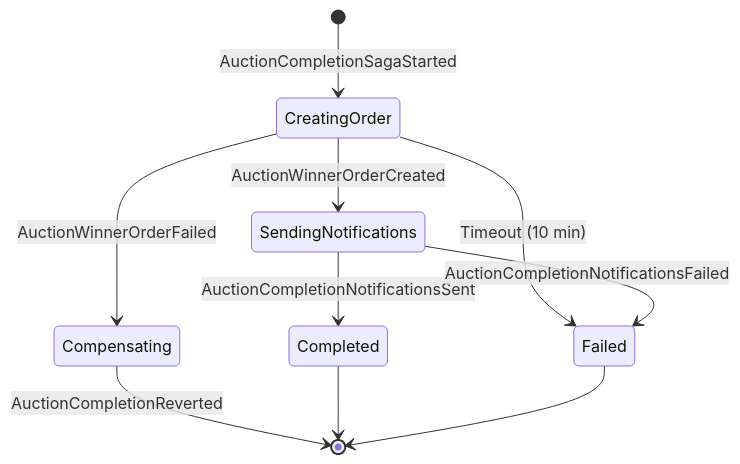
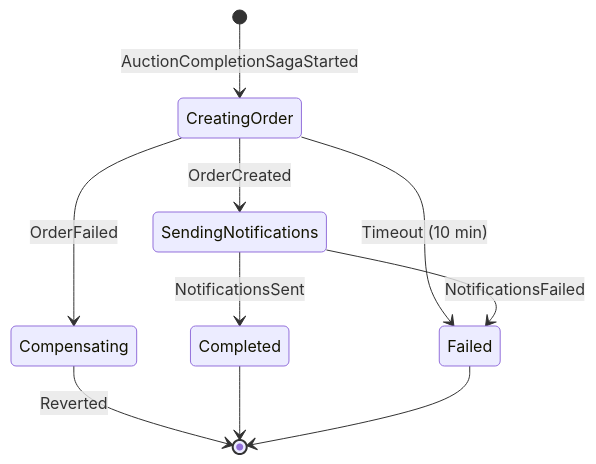
Before and after one commit to blanho/auction-platform-microservices: the fourth of 9 diagrams in README.md, drawn with Mermaid. The commit also changed other lines of this file and 5 other files, not shown here.

````diff
--- a/README.md
+++ b/README.md
@@ -270,12 +283,12 @@
 ```mermaid
 stateDiagram-v2
     [*] --> CreatingOrder : AuctionCompletionSagaStarted
-    CreatingOrder --> SendingNotifications : AuctionWinnerOrderCreated
-    CreatingOrder --> Compensating : AuctionWinnerOrderFailed
+    CreatingOrder --> SendingNotifications : OrderCreated
+    CreatingOrder --> Compensating : OrderFailed
     CreatingOrder --> Failed : Timeout (10 min)
-    SendingNotifications --> Completed : AuctionCompletionNotificationsSent
-    SendingNotifications --> Failed : AuctionCompletionNotificationsFailed
-    Compensating --> [*] : AuctionCompletionReverted
+    SendingNotifications --> Completed : NotificationsSent
+    SendingNotifications --> Failed : NotificationsFailed
+    Compensating --> [*] : Reverted
     Completed --> [*]
     Failed --> [*]
 ```
````
